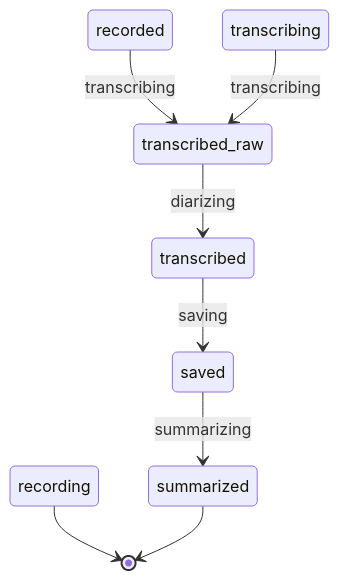
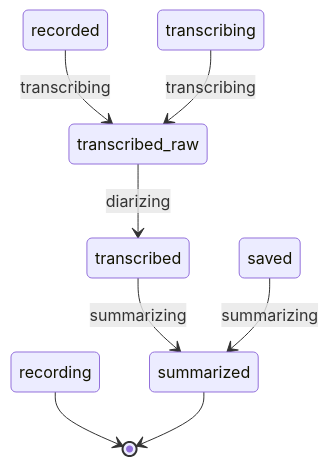
Before and after one commit to levalovushka/propeller: the diagram in meeting-recorder/docs/REFACTOR-PIPELINE-STATE.md, drawn with Mermaid. The commit also changed other lines of this file and 117 other files, not shown here.

````diff
--- a/meeting-recorder/docs/REFACTOR-PIPELINE-STATE.md
+++ b/meeting-recorder/docs/REFACTOR-PIPELINE-STATE.md
@@ -178,10 +178,10 @@
 ```mermaid
 stateDiagram-v2
     recording --> [*]
     recorded --> transcribed_raw: transcribing
     transcribing --> transcribed_raw: transcribing
     transcribed_raw --> transcribed: diarizing
-    transcribed --> saved: saving
+    transcribed --> summarized: summarizing
     saved --> summarized: summarizing
     summarized --> [*]
 ```
````
